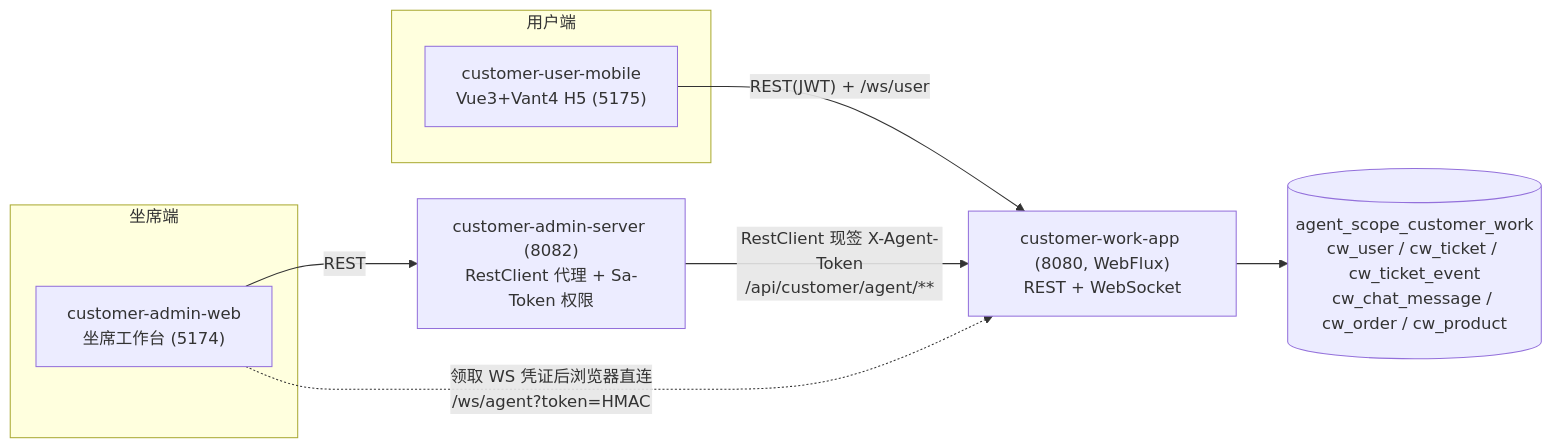
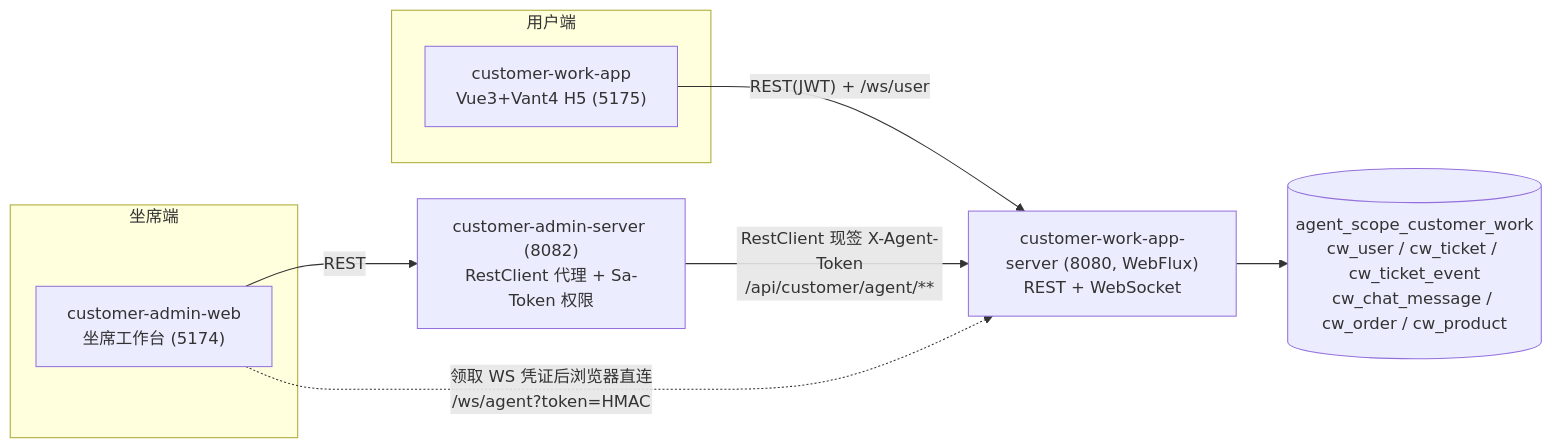
Before and after one commit to liulangjietou/customer_work: diagram 30 of 32 in docs/详细技术文档.md, drawn with Mermaid. The commit also changed other lines of this file and 524 other files, not shown here.

````diff
--- a/docs/详细技术文档.md
+++ b/docs/详细技术文档.md
@@ -1065,18 +1065,18 @@
 ```mermaid
 flowchart LR
     subgraph 用户端
-      MOBILE["customer-user-mobile<br/>Vue3+Vant4 H5 (5175)"]
+      MOBILE["customer-work-app<br/>Vue3+Vant4 H5 (5175)"]
     end
     subgraph 坐席端
       ADMINWEB["customer-admin-web<br/>坐席工作台 (5174)"]
     end
-    APP["customer-work-app (8080, WebFlux)<br/>REST + WebSocket"]
+    APP["customer-work-app-server (8080, WebFlux)<br/>REST + WebSocket"]
     ADMINSRV["customer-admin-server (8082)<br/>RestClient 代理 + Sa-Token 权限"]
     DB[("agent_scope_customer_work<br/>cw_user / cw_ticket / cw_ticket_event<br/>cw_chat_message / cw_order / cw_product")]
 
     MOBILE -->|"REST(JWT) + /ws/user"| APP
     ADMINWEB -->|"REST"| ADMINSRV
     ADMINSRV -->|"RestClient 现签 X-Agent-Token<br/>/api/customer/agent/**"| APP
     ADMINWEB -.->|"领取 WS 凭证后浏览器直连<br/>/ws/agent?token=HMAC"| APP
     APP --> DB
 ```
````
